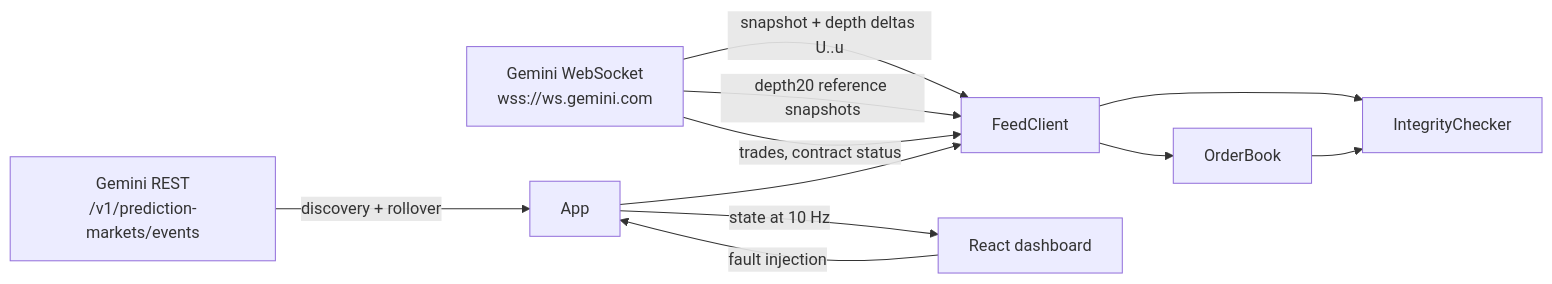
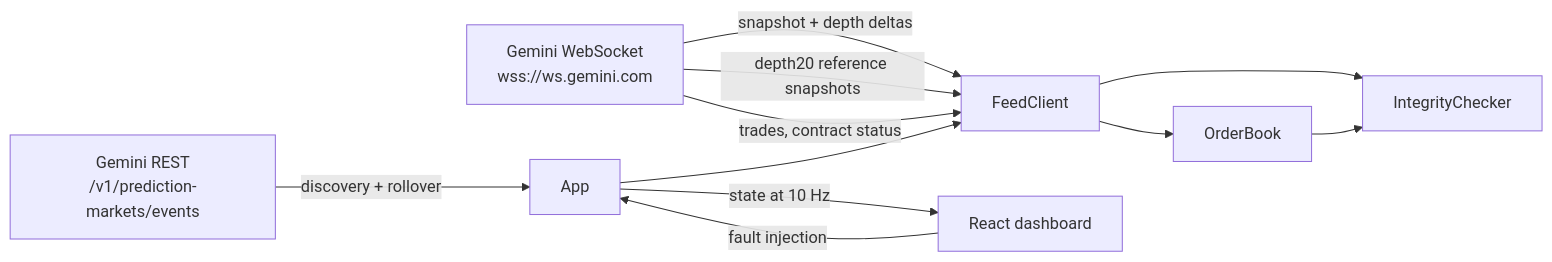
The diagram in README.md (abhijaysharma/gemini-prediction-markets), drawn with Mermaid before and after one commit. The commit also changed other lines of this file and 2 other files, not shown here.

````diff
--- a/README.md
+++ b/README.md
@@ -17,13 +17,13 @@
 ```mermaid
 flowchart LR
-  G[Gemini WebSocket<br/>wss://ws.gemini.com] -->|snapshot + depth deltas U..u| F[FeedClient]
+  G[Gemini WebSocket<br/>wss://ws.gemini.com] -->|snapshot + depth deltas| F[FeedClient]
   G -->|depth20 reference snapshots| F
   G -->|trades, contract status| F
   R[Gemini REST<br/>/v1/prediction-markets/events] -->|discovery + rollover| A[App]
   F --> B[OrderBook]
   F --> I[IntegrityChecker]
   B --> I
   A --> F
   A -->|state at 10 Hz| D[React dashboard]
   D -->|fault injection| A
 ```
````
